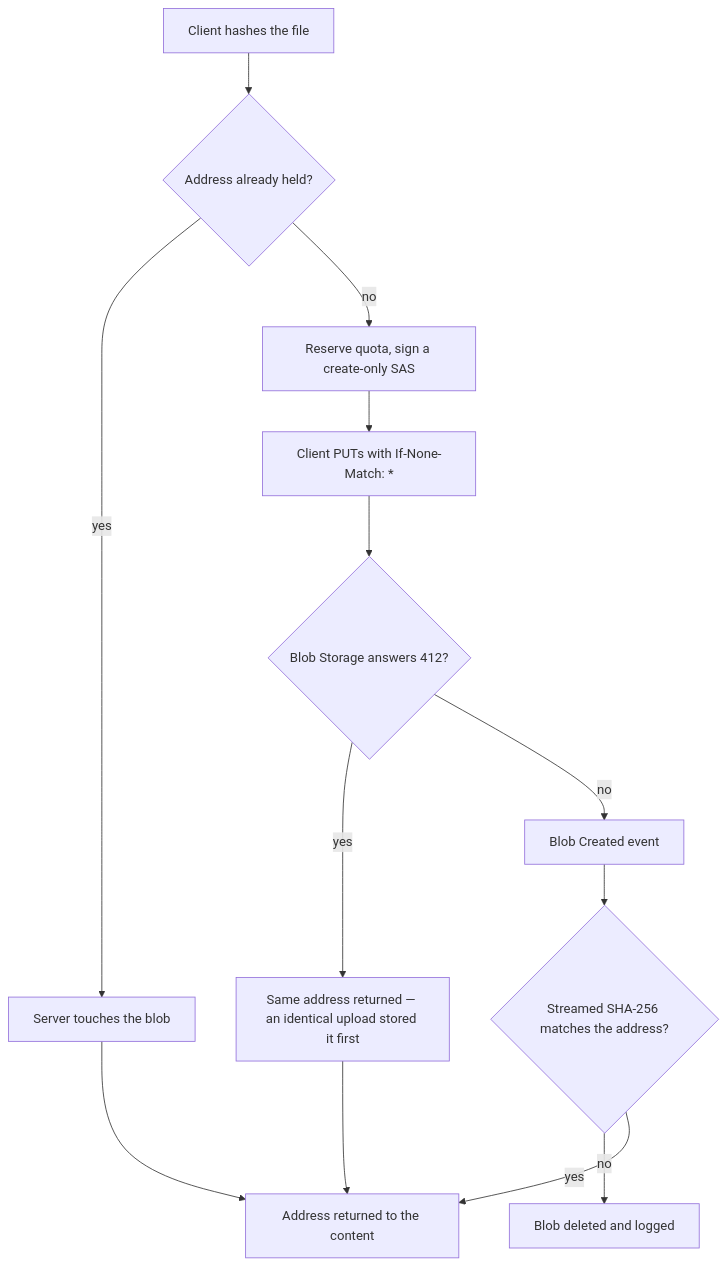
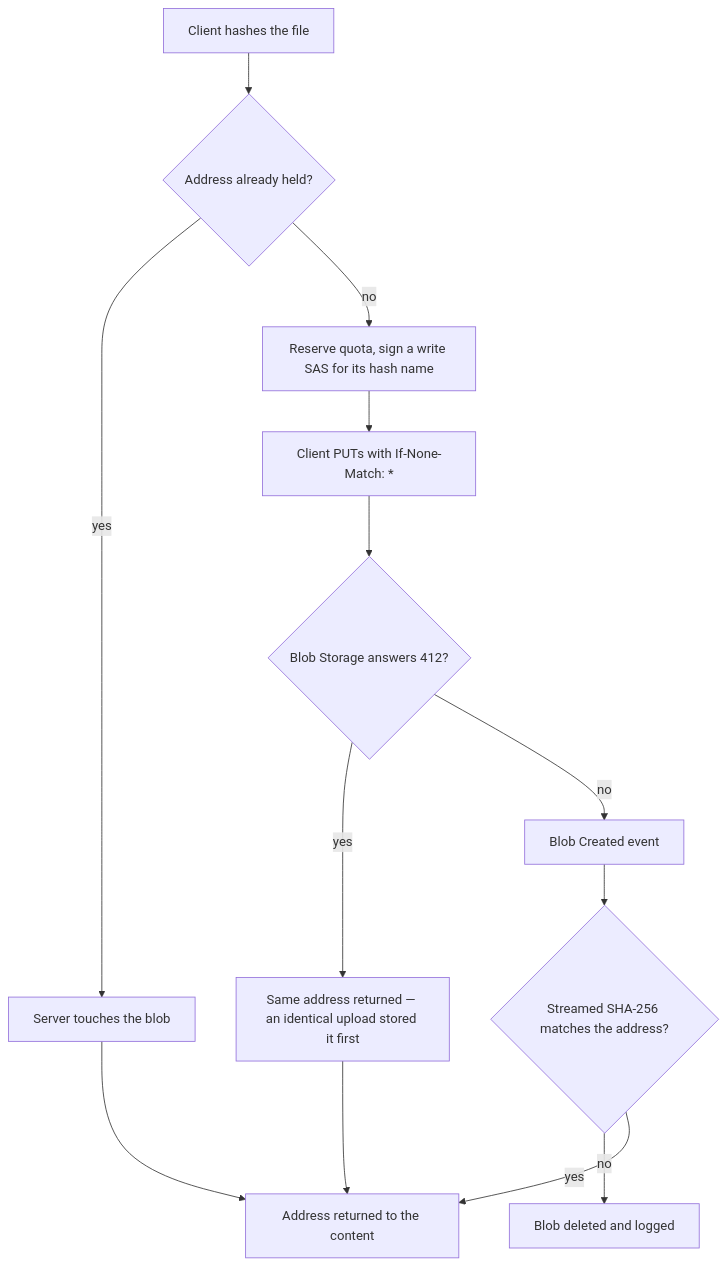
One commit to Esposter/Esposter changed the first of 3 diagrams in openspec/specs/resource/content-addressed-assets/design.md. Above: the diagram before and after it, drawn with Mermaid. The commit also changed other lines of this file, not shown here.

First line of the commit message:
docs(security): content-addressed assets page matches its write SAS and touch

````diff
--- a/openspec/specs/resource/content-addressed-assets/design.md
+++ b/openspec/specs/resource/content-addressed-assets/design.md
@@ -11,15 +11,15 @@
 ```mermaid
 flowchart TD
   upload["Client hashes the file"] --> held{"Address already held?"}
   held -->|yes| touch["Server touches the blob"]
-  held -->|no| reserve["Reserve quota, sign a create-only SAS"]
+  held -->|no| reserve["Reserve quota, sign a write SAS for its hash name"]
   reserve --> put["Client PUTs with If-None-Match: *"]
   put --> raced{"Blob Storage answers 412?"}
   raced -->|yes| address["Same address returned — an identical upload stored it first"]
   raced -->|no| created["Blob Created event"]
   created --> hashed{"Streamed SHA-256 matches the address?"}
   hashed -->|no| remove["Blob deleted and logged"]
   hashed -->|yes| kept["Address returned to the content"]
   touch --> kept
   address --> kept
 ```
````
